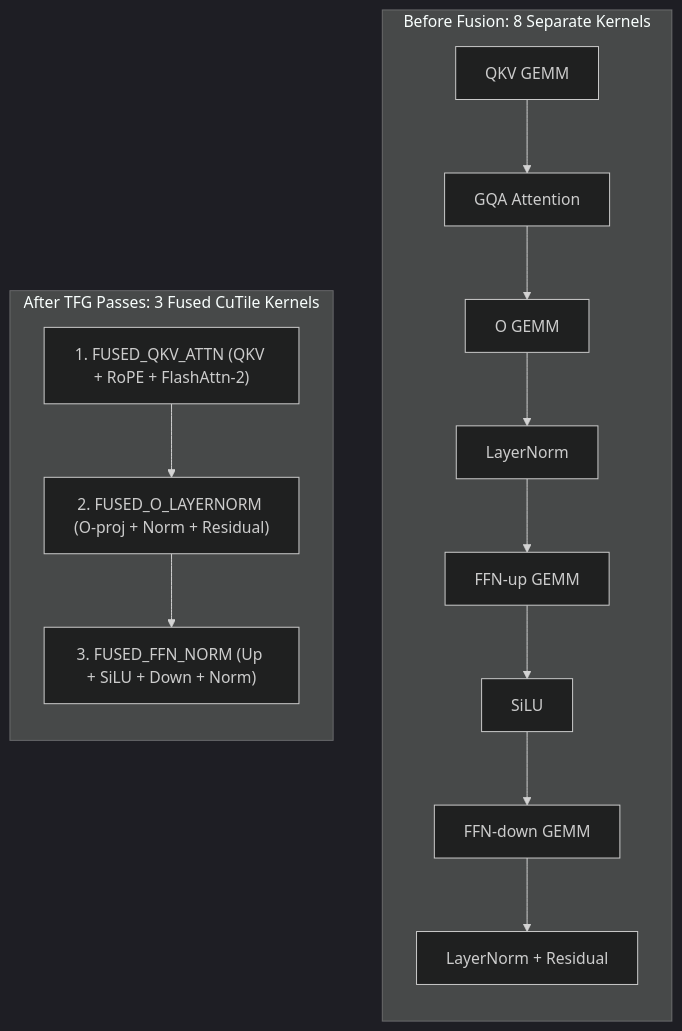
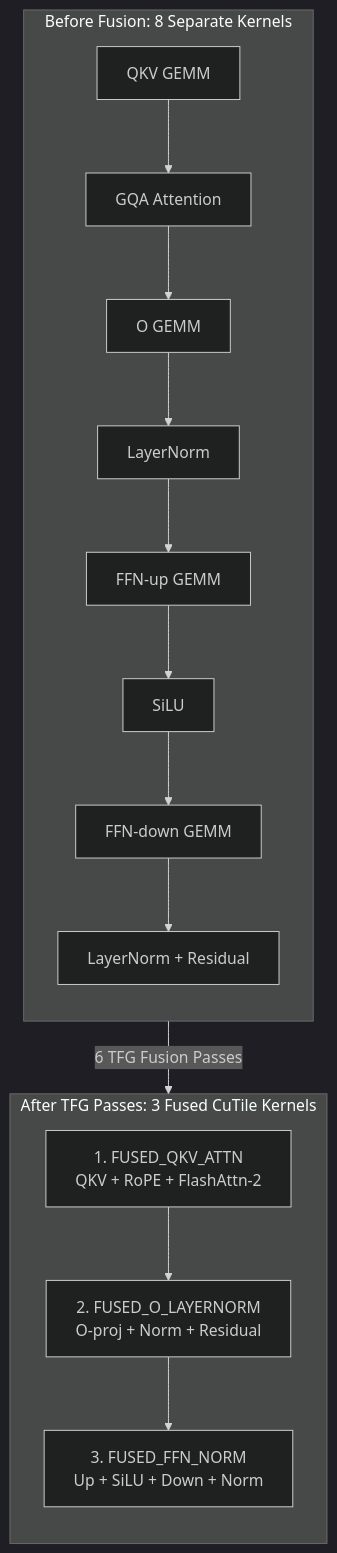
One commit to samudragupto/cutile-forge changed the third of 3 diagrams in docs/ARCHITECTURE.md. Above: the diagram before and after it, drawn with Mermaid (dark theme). The commit also changed other lines of this file and 15 other files, not shown here.

````diff
--- a/docs/ARCHITECTURE.md
+++ b/docs/ARCHITECTURE.md
@@ -45,21 +63,23 @@
 ```mermaid
 flowchart TB
     subgraph Before["Before Fusion: 8 Separate Kernels"]
         direction TB
         K1["QKV GEMM"] --> K2["GQA Attention"]
         K2 --> K3["O GEMM"]
         K3 --> K4["LayerNorm"]
         K4 --> K5["FFN-up GEMM"]
         K5 --> K6["SiLU"]
         K6 --> K7["FFN-down GEMM"]
         K7 --> K8["LayerNorm + Residual"]
     end
 
     subgraph After["After TFG Passes: 3 Fused CuTile Kernels"]
         direction TB
-        F1["1. FUSED_QKV_ATTN (QKV + RoPE + FlashAttn-2)"]
-        F2["2. FUSED_O_LAYERNORM (O-proj + Norm + Residual)"]
-        F3["3. FUSED_FFN_NORM (Up + SiLU + Down + Norm)"]
+        F1["1. FUSED_QKV_ATTN<br/>QKV + RoPE + FlashAttn-2"]
+        F2["2. FUSED_O_LAYERNORM<br/>O-proj + Norm + Residual"]
+        F3["3. FUSED_FFN_NORM<br/>Up + SiLU + Down + Norm"]
         F1 --> F2 --> F3
     end
+
+    Before -->|"6 TFG Fusion Passes"| After
 ```
````
